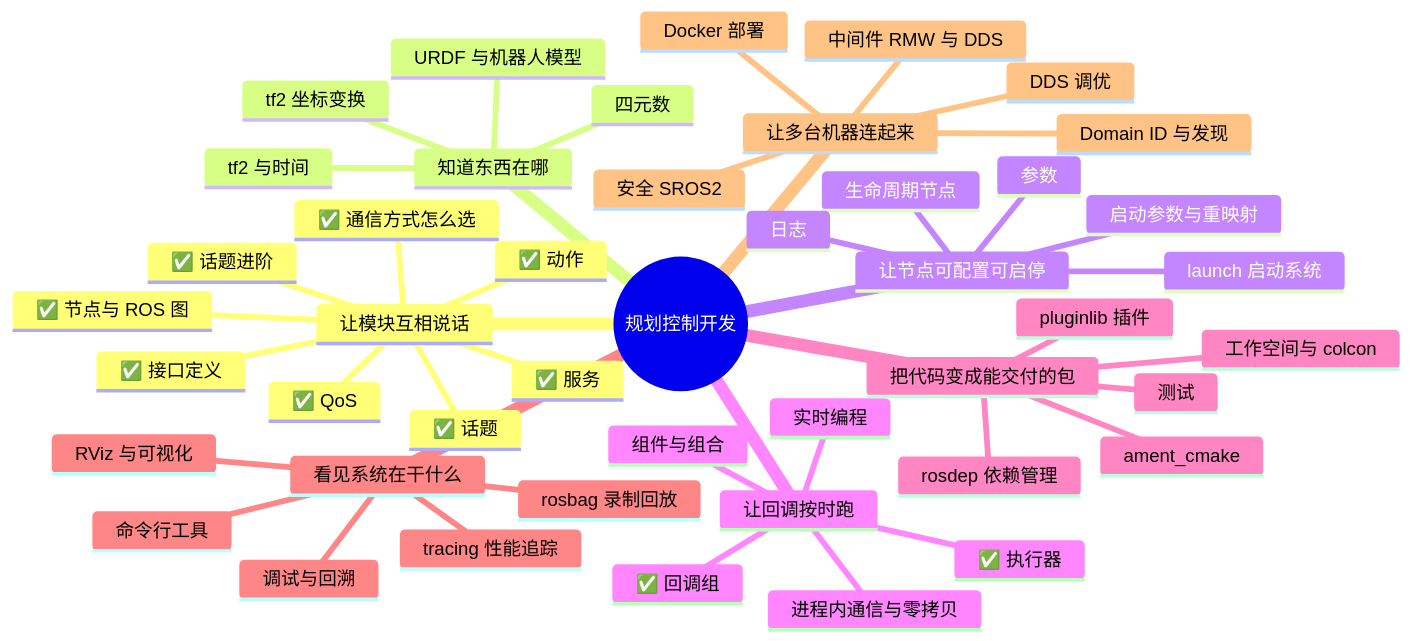
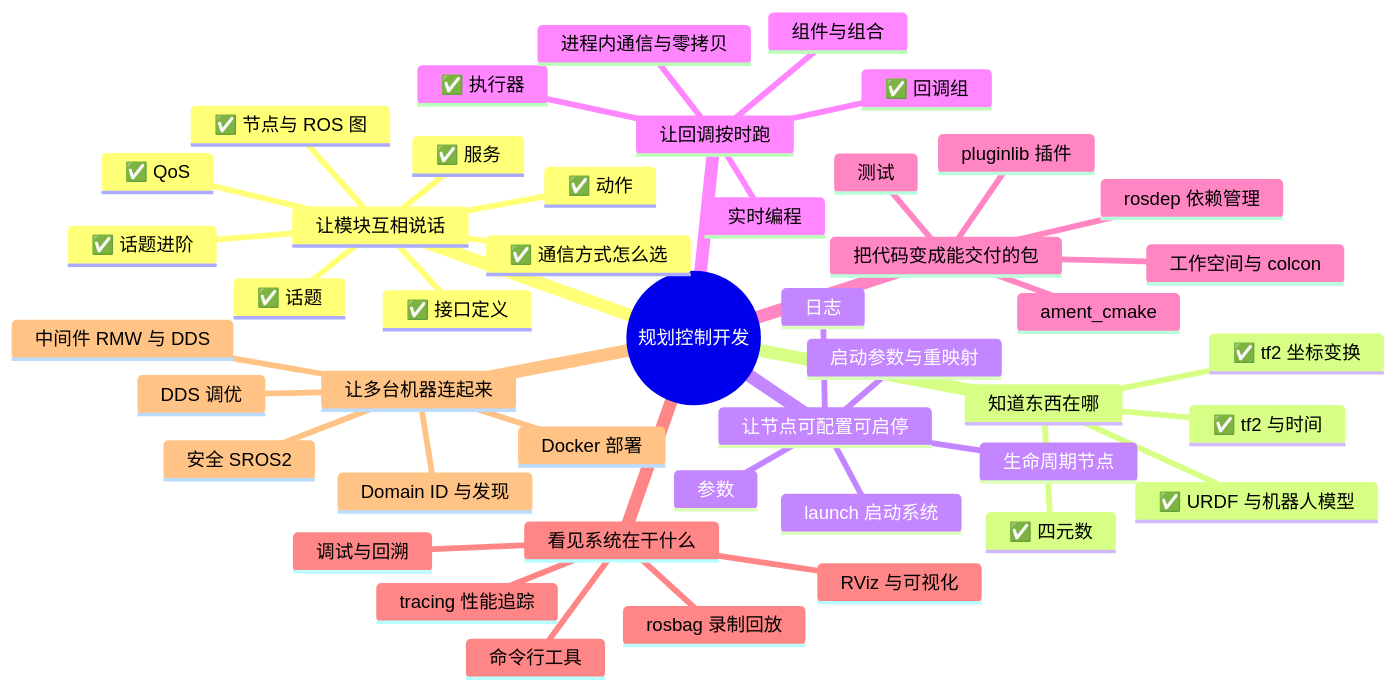
Before and after one commit to kevins-96/ros2_documentation: the diagram in study/map/overview.md, drawn with Mermaid. The commit also changed other lines of this file and 22 other files, not shown here.

````diff
--- a/study/map/overview.md
+++ b/study/map/overview.md
@@ -6,48 +6,48 @@
 ```mermaid
 mindmap
   root((规划控制开发))
     让模块互相说话
       ✅ 节点与 ROS 图
       ✅ 通信方式怎么选
       ✅ 话题
       ✅ QoS
       ✅ 服务
       ✅ 动作
       ✅ 接口定义
       ✅ 话题进阶
     知道东西在哪
-      tf2 坐标变换
-      tf2 与时间
-      四元数
-      URDF 与机器人模型
+      ✅ tf2 坐标变换
+      ✅ tf2 与时间
+      ✅ 四元数
+      ✅ URDF 与机器人模型
     让节点可配置可启停
       参数
       生命周期节点
       launch 启动系统
       启动参数与重映射
       日志
     让回调按时跑
       ✅ 执行器
       ✅ 回调组
       组件与组合
       进程内通信与零拷贝
       实时编程
     把代码变成能交付的包
       工作空间与 colcon
       ament_cmake
       rosdep 依赖管理
       pluginlib 插件
       测试
     看见系统在干什么
       命令行工具
       rosbag 录制回放
       调试与回溯
       tracing 性能追踪
       RViz 与可视化
     让多台机器连起来
       中间件 RMW 与 DDS
       Domain ID 与发现
       DDS 调优
       Docker 部署
       安全 SROS2
 ```
````
